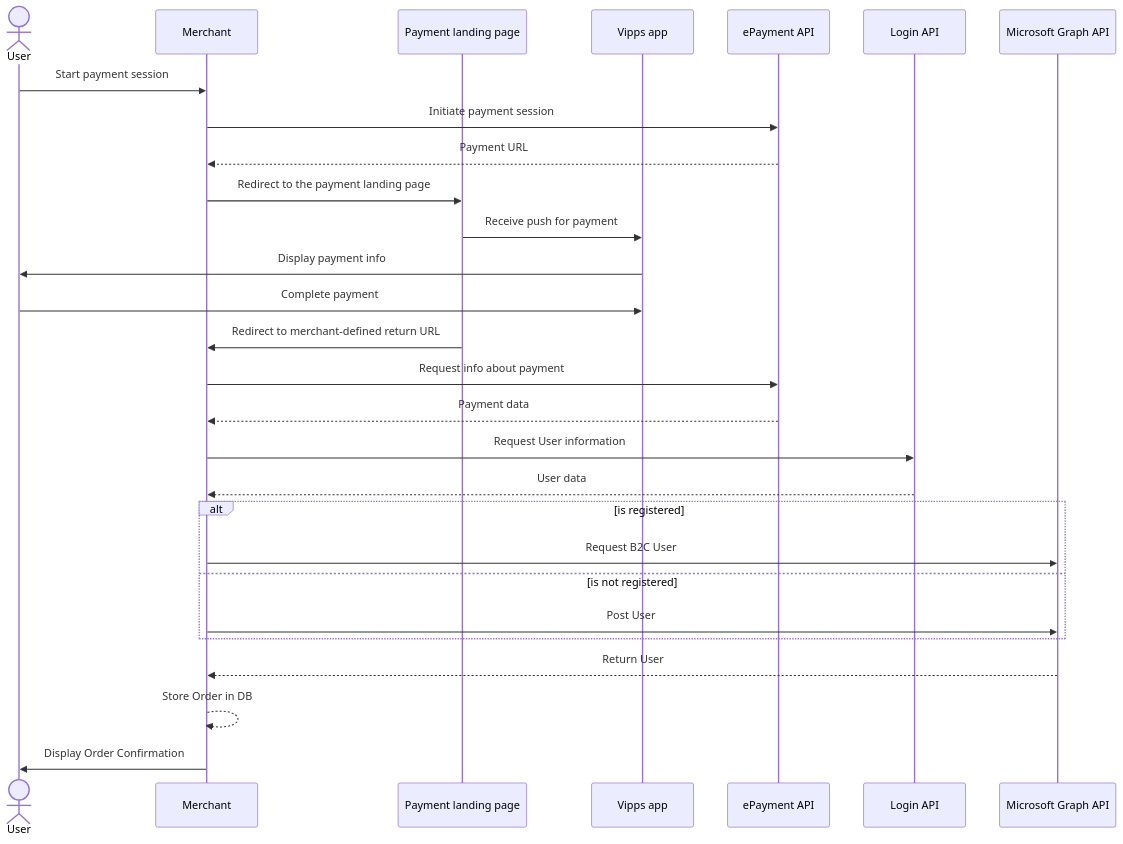
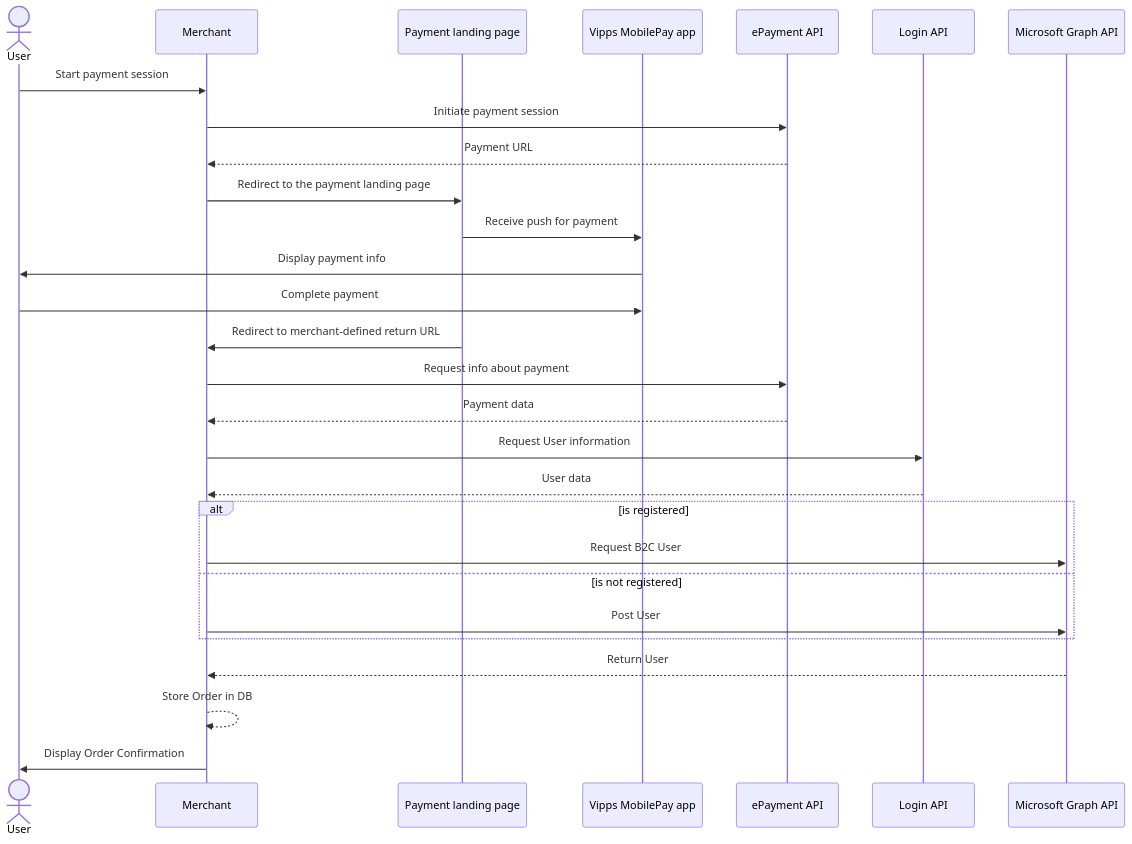
Before and after one commit to vippsas/vipps-solutions: the diagram in azure-b2c/PaymentFlowB2C.md, drawn with Mermaid. The commit also changed 18 other files, not shown here.

Commit message:
Use "Vipps MobilePay app"

````diff
--- a/azure-b2c/PaymentFlowB2C.md
+++ b/azure-b2c/PaymentFlowB2C.md
@@ -65,47 +65,47 @@
 ```mermaid
 
 sequenceDiagram
     actor User
     participant Merchant
     participant Payment landing page
-    participant Vipps app
+    participant Vipps MobilePay app
     participant ePayment API
     participant Login API
     participant Microsoft Graph API
 
     User->>Merchant: Start payment session
 
     Merchant->>ePayment API: Initiate payment session
 
     ePayment API-->>Merchant: Payment URL
 
     Merchant->>Payment landing page: Redirect to the payment landing page
 
-    Payment landing page->>Vipps app: Receive push for payment
+    Payment landing page->>Vipps MobilePay app: Receive push for payment
 
-    Vipps app->>User: Display payment info
+    Vipps MobilePay app->>User: Display payment info
 
-    User->>Vipps app: Complete payment
+    User->>Vipps MobilePay app: Complete payment
 
     Payment landing page->>Merchant: Redirect to merchant-defined return URL
 
     Merchant->>ePayment API: Request info about payment
 
     ePayment API-->>Merchant: Payment data
 
     Merchant->>Login API: Request User information
 
     Login API-->>Merchant: User data
 
     alt is registered
         Merchant->>Microsoft Graph API: Request B2C User
     else is not registered
         Merchant->>Microsoft Graph API: Post User
     end
 
     Microsoft Graph API-->>Merchant: Return User
 
     Merchant-->>Merchant: Store Order in DB
 
     Merchant->>User: Display Order Confirmation
 ```
````
